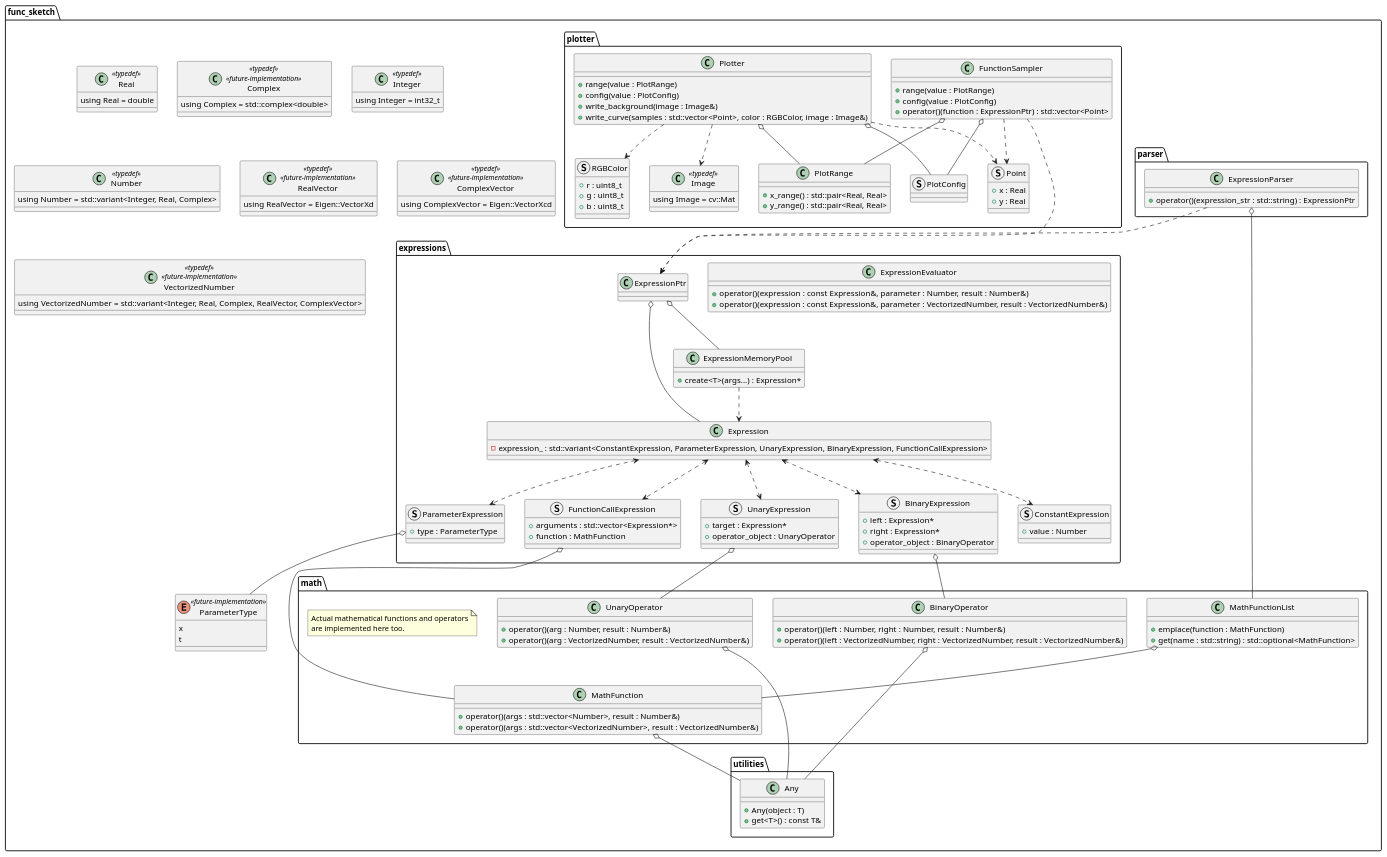
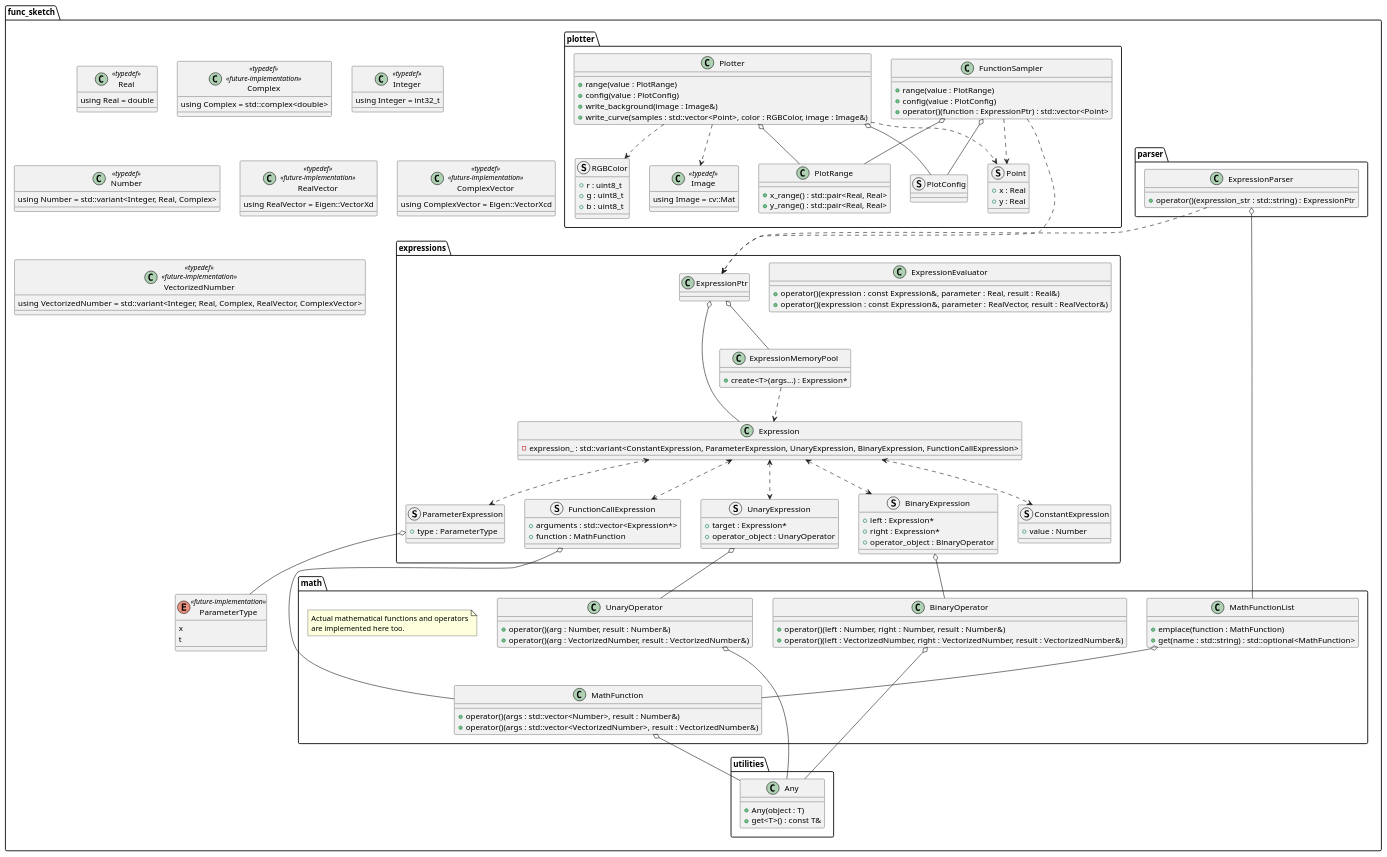
One commit to MusicScience37/FuncSketch changed the diagram in docs/sphinx/design_notes/classes_cpp.puml. Above: the diagram before and after it, drawn with PlantUML. The commit also changed 25 other files, not shown here.

```diff
--- a/docs/sphinx/design_notes/classes_cpp.puml
+++ b/docs/sphinx/design_notes/classes_cpp.puml
@@ -1,183 +1,183 @@
 @startuml classes_cpp
 
 package func_sketch {
     class Real <<typedef>> {
         using Real = double
     }
 
     class Complex <<typedef>> <<future-implementation>> {
         using Complex = std::complex<double>
     }
 
     class Integer <<typedef>> {
         using Integer = int32_t
     }
 
     class Number <<typedef>> {
         using Number = std::variant<Integer, Real, Complex>
     }
 
     class RealVector <<typedef>> <<future-implementation>> {
         using RealVector = Eigen::VectorXd
     }
 
     class ComplexVector <<typedef>> <<future-implementation>> {
         using ComplexVector = Eigen::VectorXcd
     }
 
     class VectorizedNumber <<typedef>> <<future-implementation>> {
         using VectorizedNumber = std::variant<Integer, Real, Complex, RealVector, ComplexVector>
     }
 
     enum ParameterType <<future-implementation>> {
         x
         t
     }
 
     package utilities {
         class Any {
             + Any(object : T)
             + get<T>() : const T&
         }
     }
 
     package math {
         class UnaryOperator {
             + operator()(arg : Number, result : Number&)
             + operator()(arg : VectorizedNumber, result : VectorizedNumber&)
         }
         UnaryOperator o-- Any
 
         class BinaryOperator {
             + operator()(left : Number, right : Number, result : Number&)
             + operator()(left : VectorizedNumber, right : VectorizedNumber, result : VectorizedNumber&)
         }
         BinaryOperator o-- Any
 
         class MathFunction {
             + operator()(args : std::vector<Number>, result : Number&)
             + operator()(args : std::vector<VectorizedNumber>, result : VectorizedNumber&)
         }
         MathFunction o-- Any
 
         class MathFunctionList {
             + emplace(function : MathFunction)
             + get(name : std::string) : std::optional<MathFunction>
         }
         MathFunctionList o-- MathFunction
 
         note as math_functions_note
             Actual mathematical functions and operators
             are implemented here too.
         end note
     }
 
     package expressions {
         class Expression {
             - expression_ : std::variant<ConstantExpression, ParameterExpression, UnaryExpression, BinaryExpression, FunctionCallExpression>
         }
 
         struct ConstantExpression {
             + value : Number
         }
         Expression <..> ConstantExpression
 
         struct ParameterExpression {
             + type : ParameterType
         }
         Expression <..> ParameterExpression
         ParameterExpression o-- ParameterType
 
         struct UnaryExpression {
             + target : Expression*
             + operator_object : UnaryOperator
         }
         Expression <..> UnaryExpression
         UnaryExpression o-- UnaryOperator
 
         struct BinaryExpression {
             + left : Expression*
             + right : Expression*
             + operator_object : BinaryOperator
         }
         Expression <..> BinaryExpression
         BinaryExpression o-- BinaryOperator
 
         struct FunctionCallExpression {
             + arguments : std::vector<Expression*>
             + function : MathFunction
         }
         Expression <..> FunctionCallExpression
         FunctionCallExpression o-- MathFunction
 
         class ExpressionMemoryPool {
             + create<T>(args...) : Expression*
         }
         ExpressionMemoryPool ..> Expression
 
         class ExpressionEvaluator {
-            + operator()(expression : const Expression&, parameter : Number, result : Number&)
-            + operator()(expression : const Expression&, parameter : VectorizedNumber, result : VectorizedNumber&)
+            + operator()(expression : const Expression&, parameter : Real, result : Real&)
+            + operator()(expression : const Expression&, parameter : RealVector, result : RealVector&)
         }
 
         class ExpressionPtr
         ExpressionPtr o-- Expression
         ExpressionPtr o-- ExpressionMemoryPool
     }
 
     package parser {
         class ExpressionParser {
             + operator()(expression_str : std::string) : ExpressionPtr
         }
         ExpressionParser o-- MathFunctionList
         ExpressionParser ..> ExpressionPtr
     }
 
     package plotter {
         struct RGBColor {
             + r : uint8_t
             + g : uint8_t
             + b : uint8_t
         }
 
         struct Point {
             + x : Real
             + y : Real
         }
 
         class Image <<typedef>> {
             using Image = cv::Mat
         }
 
         class PlotRange {
             + x_range() : std::pair<Real, Real>
             + y_range() : std::pair<Real, Real>
         }
 
         struct PlotConfig
 
         class FunctionSampler {
             + range(value : PlotRange)
             + config(value : PlotConfig)
             + operator()(function : ExpressionPtr) : std::vector<Point>
         }
         FunctionSampler o-- PlotRange
         FunctionSampler o-- PlotConfig
         FunctionSampler ...> ExpressionPtr
         FunctionSampler ..> Point
 
         class Plotter {
             + range(value : PlotRange)
             + config(value : PlotConfig)
             + write_background(image : Image&)
             + write_curve(samples : std::vector<Point>, color : RGBColor, image : Image&)
         }
         Plotter o-- PlotRange
         Plotter o-- PlotConfig
         Plotter ..> Point
         Plotter ..> RGBColor
         Plotter ..> Image
     }
 }
 
 @enduml
```
